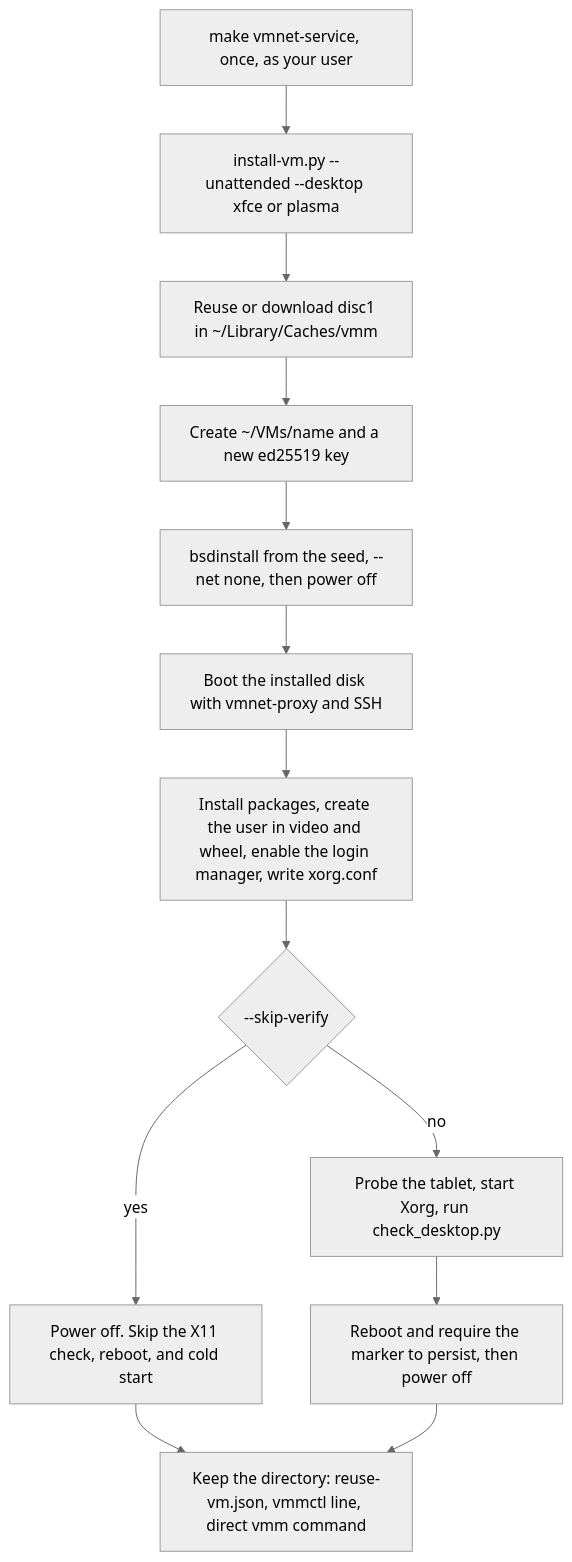
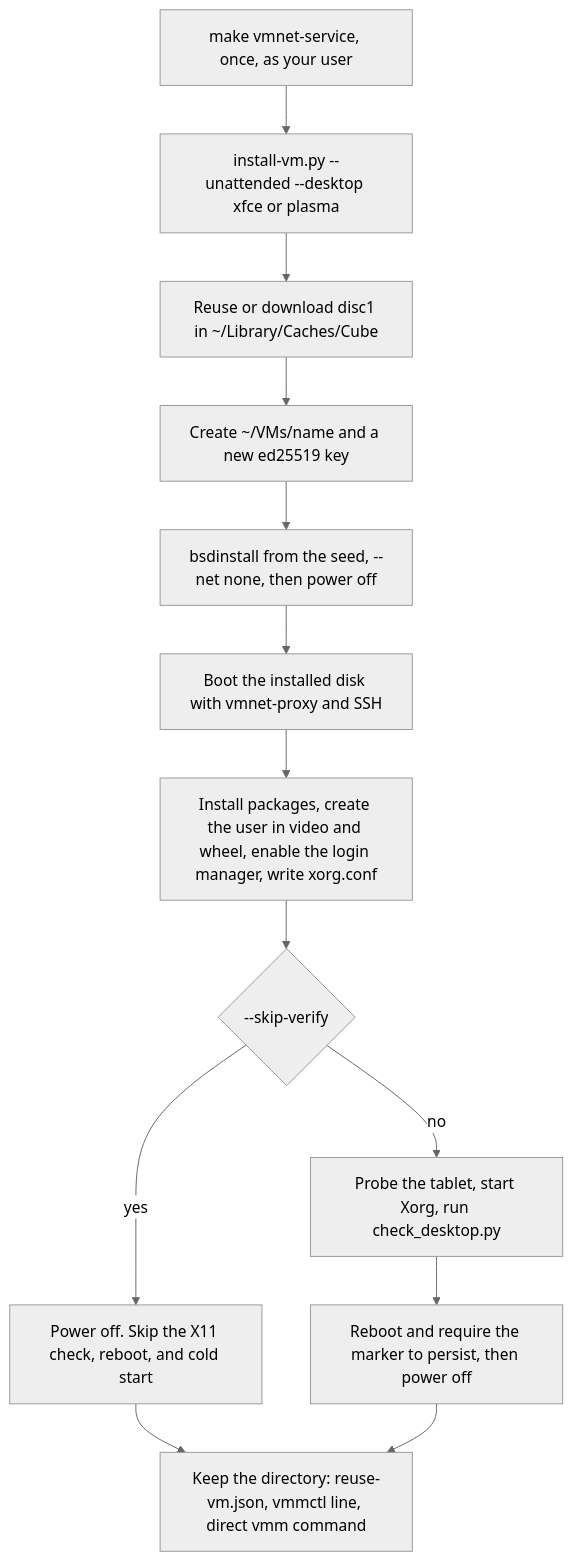
One commit to darcyliu/cube changed the diagram in docs/freebsd-desktop.md. Above: the diagram before and after it, drawn with Mermaid (neutral theme). The commit also changed 17 other files, not shown here.

````diff
--- a/docs/freebsd-desktop.md
+++ b/docs/freebsd-desktop.md
@@ -30,15 +30,15 @@
 ```mermaid
 flowchart TD
   svc["make vmnet-service, once, as your user"] --> iv["install-vm.py --unattended --desktop xfce or plasma"]
-  iv --> iso["Reuse or download disc1 in ~/Library/Caches/vmm"]
+  iv --> iso["Reuse or download disc1 in ~/Library/Caches/Cube"]
   iso --> dest["Create ~/VMs/name and a new ed25519 key"]
   dest --> inst["bsdinstall from the seed, --net none, then power off"]
   inst --> boot["Boot the installed disk with vmnet-proxy and SSH"]
   boot --> pkg["Install packages, create the user in video and wheel, enable the login manager, write xorg.conf"]
   pkg --> skip{"--skip-verify"}
   skip -->|yes| early["Power off. Skip the X11 check, reboot, and cold start"]
   skip -->|no| x11["Probe the tablet, start Xorg, run check_desktop.py"]
   x11 --> reboot["Reboot and require the marker to persist, then power off"]
   early --> out["Keep the directory: reuse-vm.json, vmmctl line, direct vmm command"]
   reboot --> out
 ```
````
